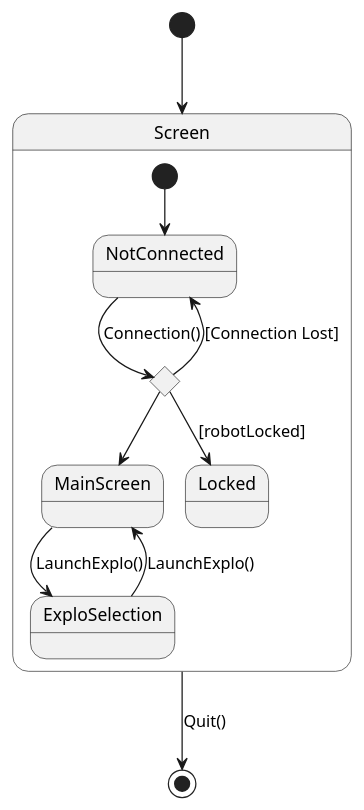
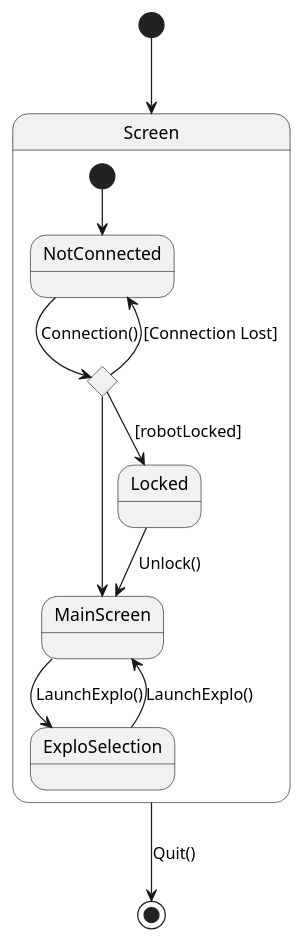
The diagram in Diagrammes UML/3.1.3 - Les écrans/3.1.3 - Diagramme IHM - EN.puml (Larson-09/PATO_Project), drawn with PlantUML before and after one commit.

Commit message:
Diagramme IHM V1 FR/EN

```diff
--- a/Diagrammes UML/3.1.3 - Les écrans/3.1.3 - Diagramme IHM - EN.puml
+++ b/Diagrammes UML/3.1.3 - Les écrans/3.1.3 - Diagramme IHM - EN.puml
@@ -1,23 +1,24 @@
 @startuml
 [*] --> Screen
 state Screen {
     state "NotConnected" as NotConnected
     state "MainScreen" as MainScreen
     state "Locked" as Locked
     state "ExploSelection" as ExploSelection
 
     state c <<choice>>
 
     [*] --> NotConnected
     NotConnected -> c : Connection()
 
     c --> NotConnected : [Connection Lost]
     c --> MainScreen
     c --> Locked : [robotLocked]
+    Locked --> MainScreen: Unlock()
     MainScreen --> ExploSelection : LaunchExplo()
     ExploSelection --> MainScreen : LaunchExplo()
 }
 
 Screen --> [*] : Quit()
 
 @enduml
```
